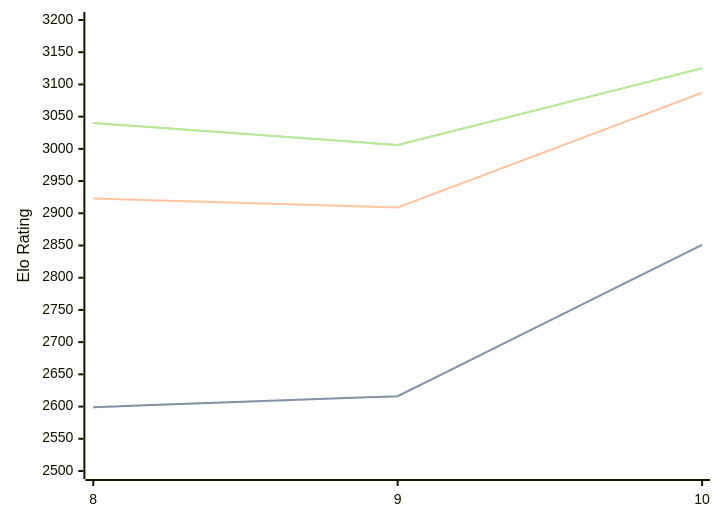
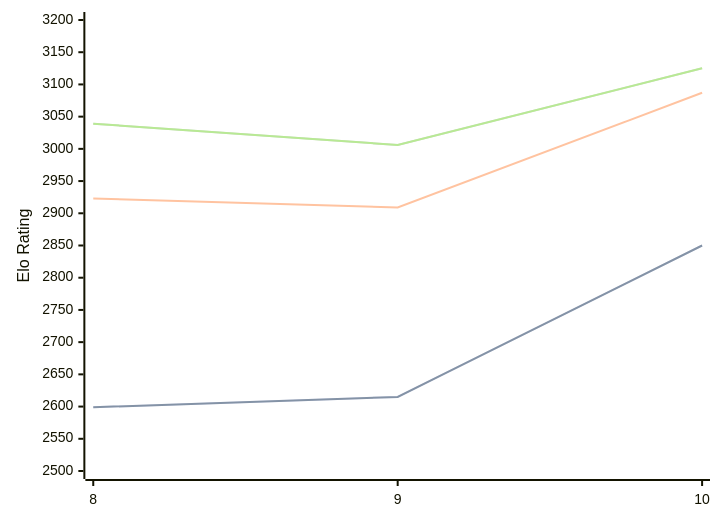
Before and after one commit to computer-chess-index/cci: the diagram in engines/Lozza.md, drawn with Mermaid. The commit also changed other lines of this file, not shown here.

Commit message:
Update CCI Ratings (ELO VLTC) - 2026-10-01

````diff
--- a/engines/Lozza.md
+++ b/engines/Lozza.md
@@ -33,11 +33,11 @@
 ```mermaid
 %%{init: {"theme":"base","themeVariables":{"seriesColors:['#a3a3a3','#222221','#faa371']}}}%%
 xychart-beta
   x-axis ["8", "9", "10"]
   y-axis "Elo Rating" 2500 --> 3200
-  line "" [2599, 2616, 2851]
-  line "STC (8.0+0.08s)" [2599, 2616, 2851]
+  line "" [2599, 2615, 2850]
+  line "STC (8.0+0.08s)" [2599, 2615, 2850]
   line "LTC (60.0+0.60s)" [2923, 2909, 3087]
-  line "" [3040, 3006, 3125]
-  line "VLTC (2m24s+1.12s)" [3040, 3006, 3125]
+  line "" [3039, 3006, 3125]
+  line "VLTC (2m24s+1.12s)" [3039, 3006, 3125]
 ```
````
